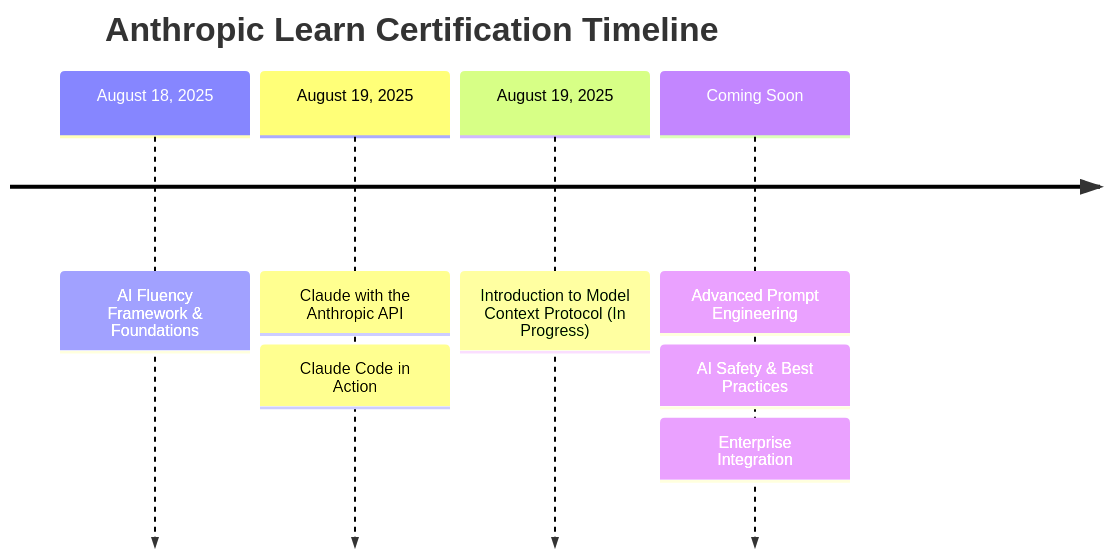
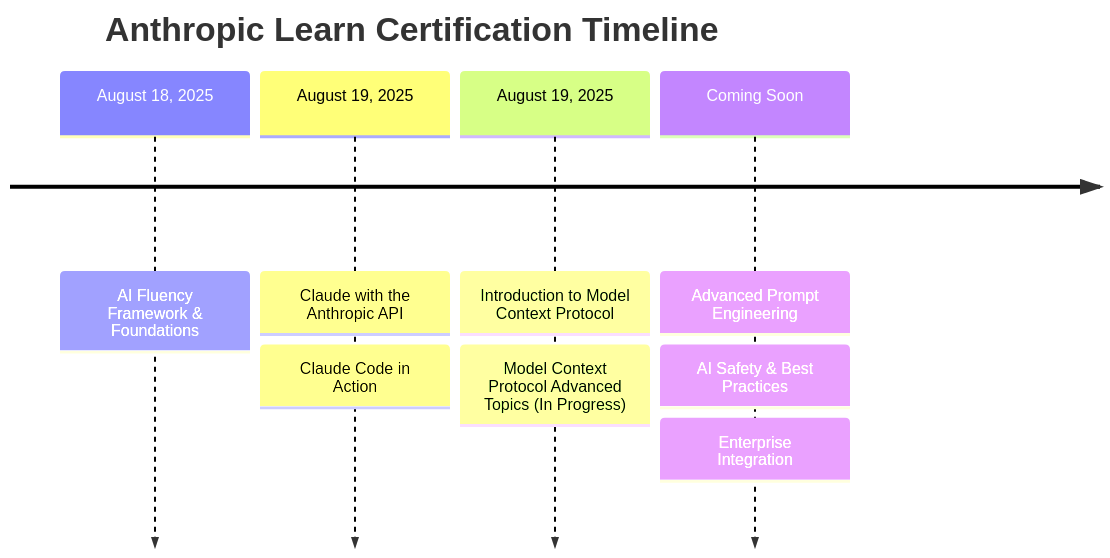
Before and after one commit to developtheweb/anthropic-certs: the second of 2 diagrams in README.md, drawn with Mermaid. The commit also changed other lines of this file and 2 other files, not shown here.

First line of the commit message:
feat: Add Introduction to Model Context Protocol certification

````diff
--- a/README.md
+++ b/README.md
@@ -196,15 +208,16 @@
 ```mermaid
 timeline
     title Anthropic Learn Certification Timeline
     
     August 18, 2025   : AI Fluency Framework & Foundations
     
     August 19, 2025   : Claude with the Anthropic API
                       : Claude Code in Action
                       
-    August 19, 2025   : Introduction to Model Context Protocol (In Progress)
+    August 19, 2025   : Introduction to Model Context Protocol
+                      : Model Context Protocol Advanced Topics (In Progress)
     
     Coming Soon       : Advanced Prompt Engineering
                       : AI Safety & Best Practices
                       : Enterprise Integration
 ```
````
